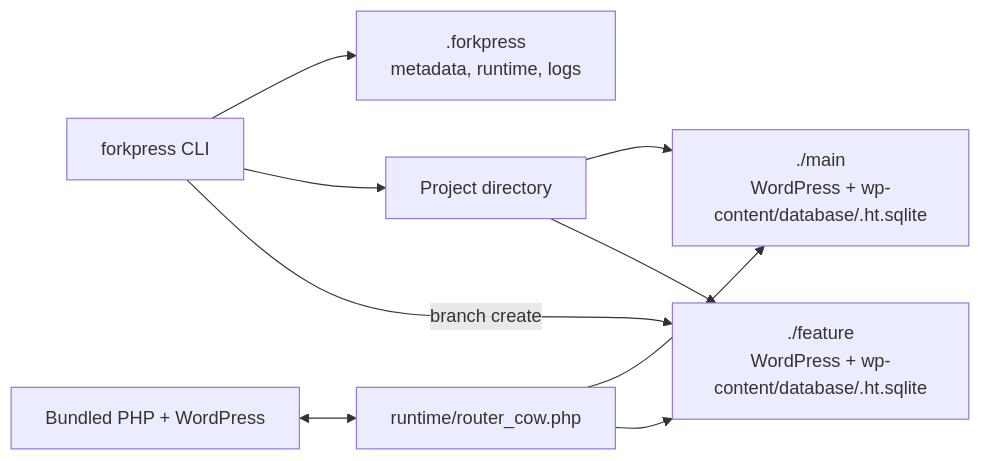
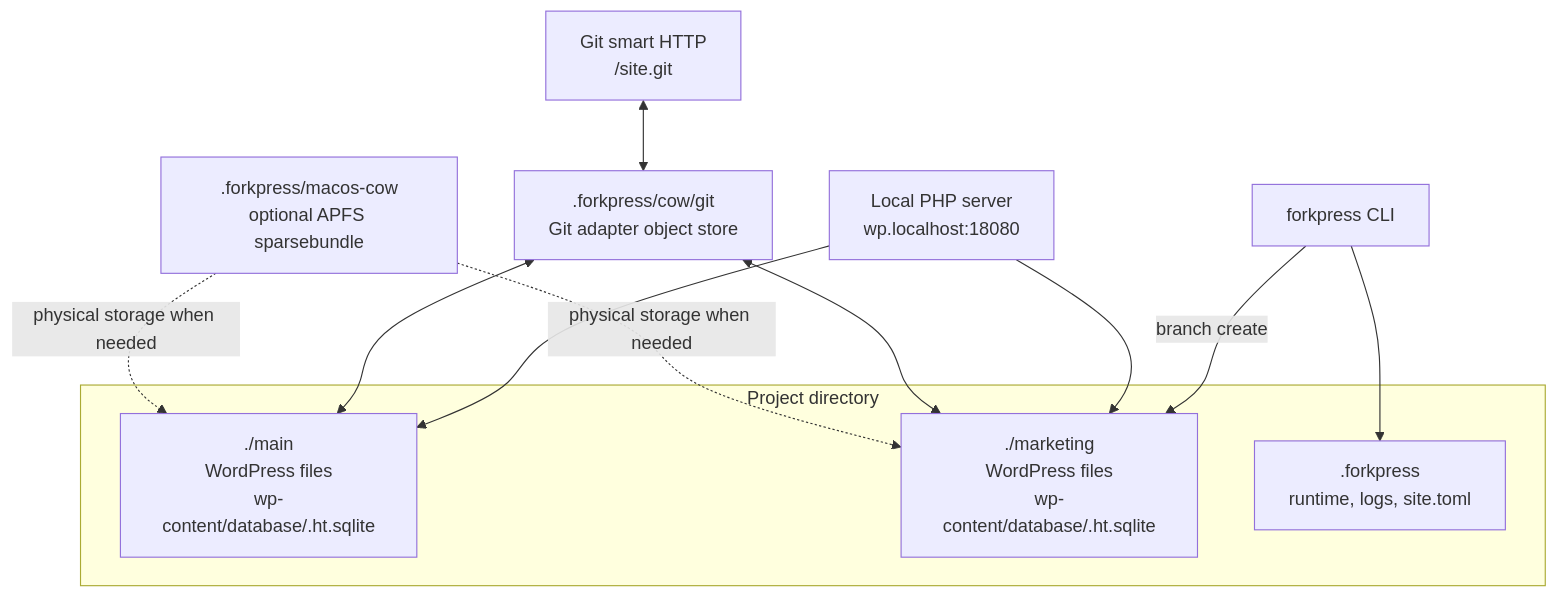
The first of 2 diagrams in README.md (Automattic/forkpress), drawn with Mermaid before and after one commit. The commit also changed other lines of this file and 6 other files, not shown here.

Commit message:
Make COW strategy support Git workflows

````diff
--- a/README.md
+++ b/README.md
@@ -354,19 +229,25 @@
 ```mermaid
-flowchart LR
+flowchart TB
     cli[forkpress CLI]
-    project[Project directory]
-    state[.forkpress<br/>metadata, runtime, logs]
-    main[./main<br/>WordPress + wp-content/database/.ht.sqlite]
-    feature[./feature<br/>WordPress + wp-content/database/.ht.sqlite]
-    router[runtime/router_cow.php]
-    php[Bundled PHP + WordPress]
+    server[Local PHP server<br/>wp.localhost:18080]
+    git[Git smart HTTP<br/>/site.git]
 
-    cli --> state
-    cli --> project
-    project --> main
-    project --> feature
-    cli -- branch create --> feature
-    router --> main
-    router --> feature
-    php <--> router
+    subgraph Project["Project directory"]
+        main[./main<br/>WordPress files<br/>wp-content/database/.ht.sqlite]
+        branch[./marketing<br/>WordPress files<br/>wp-content/database/.ht.sqlite]
+        meta[.forkpress<br/>runtime, logs, site.toml]
+    end
+
+    cowgit[.forkpress/cow/git<br/>Git adapter object store]
+    macos[.forkpress/macos-cow<br/>optional APFS sparsebundle]
+
+    cli --> meta
+    cli -- branch create --> branch
+    server --> main
+    server --> branch
+    git <--> cowgit
+    cowgit <--> main
+    cowgit <--> branch
+    macos -. physical storage when needed .-> main
+    macos -. physical storage when needed .-> branch
 ```
````
